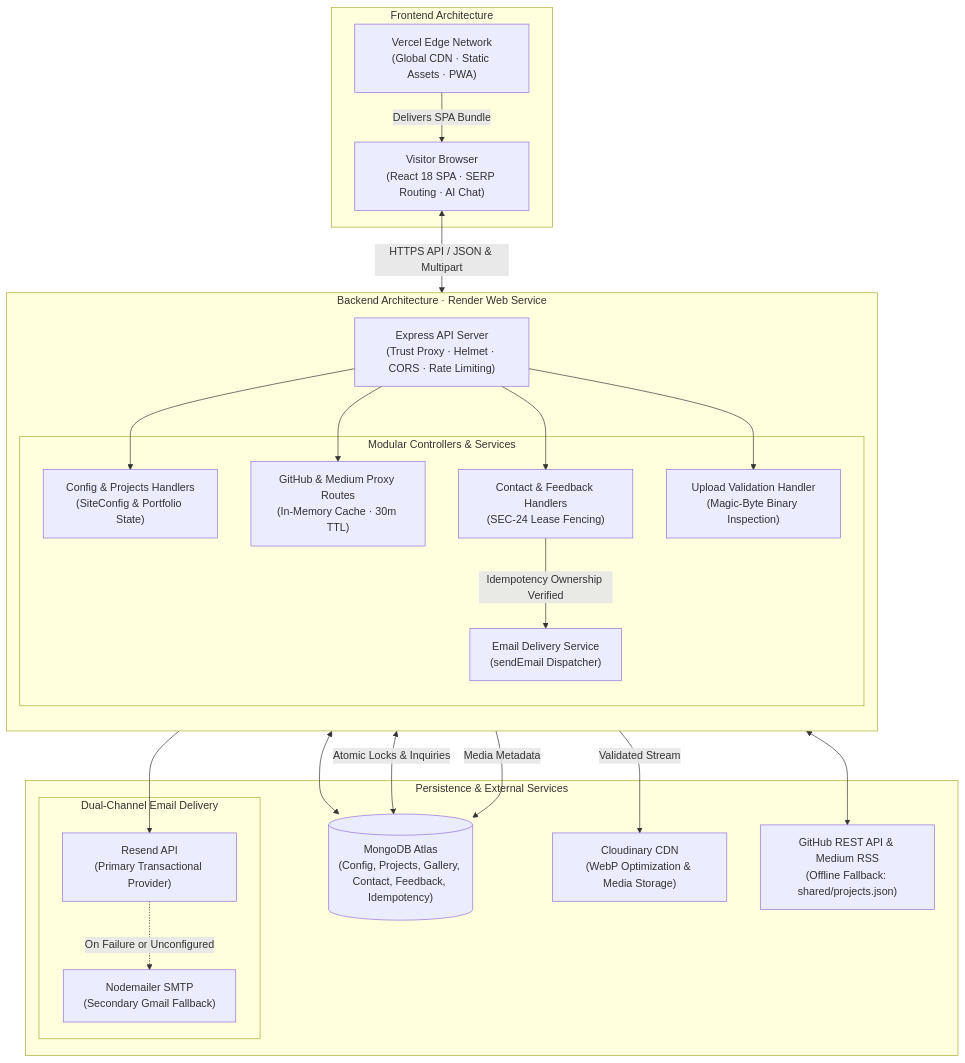
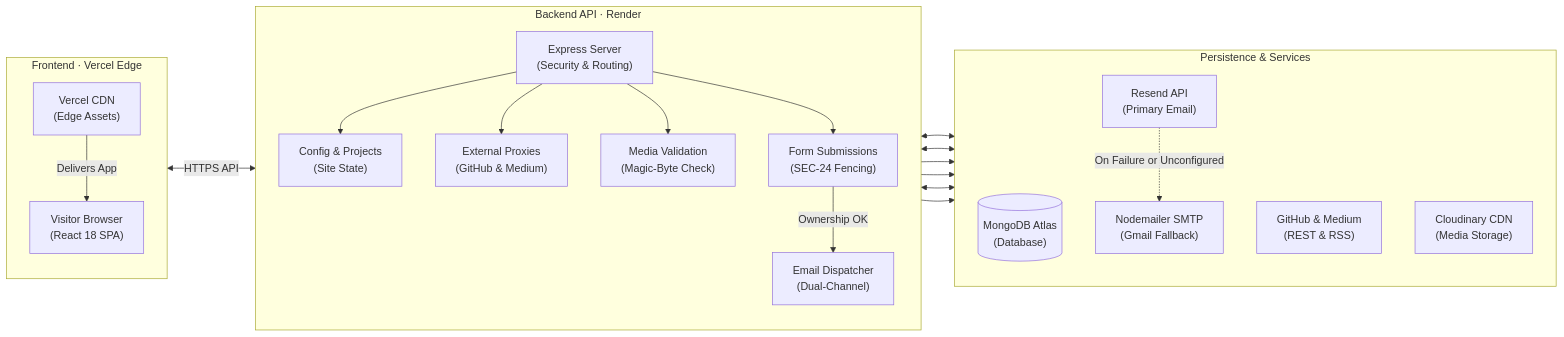
One commit to anurag-jaiswal-aj/googleMe changed the diagram in README.md. Above: the diagram before and after it, drawn with Mermaid.

Commit message:
docs: streamline Mermaid architecture diagram for compact landscape layout

````diff
--- a/README.md
+++ b/README.md
@@ -73,47 +73,44 @@
 ```mermaid
-flowchart TD
-  subgraph Client["Frontend Architecture"]
-    Browser["Visitor Browser<br/>(React 18 SPA · SERP Routing · AI Chat)"]
-    Vercel["Vercel Edge Network<br/>(Global CDN · Static Assets · PWA)"]
-    Vercel -->|Delivers SPA Bundle| Browser
+flowchart LR
+  subgraph Client["Frontend · Vercel Edge"]
+    direction TB
+    Vercel["Vercel CDN<br/>(Edge Assets)"]
+    Browser["Visitor Browser<br/>(React 18 SPA)"]
+    Vercel -->|Delivers App| Browser
   end
 
-  subgraph Backend["Backend Architecture · Render Web Service"]
+  subgraph Backend["Backend API · Render"]
     direction TB
-    Express["Express API Server<br/>(Trust Proxy · Helmet · CORS · Rate Limiting)"]
-
-    subgraph Controllers["Modular Controllers & Services"]
-      ConfigSvc["Config & Projects Handlers<br/>(SiteConfig & Portfolio State)"]
-      ProxySvc["GitHub & Medium Proxy Routes<br/>(In-Memory Cache · 30m TTL)"]
-      SubmitSvc["Contact & Feedback Handlers<br/>(SEC-24 Lease Fencing)"]
-      UploadSvc["Upload Validation Handler<br/>(Magic-Byte Binary Inspection)"]
-      EmailSvc["Email Delivery Service<br/>(sendEmail Dispatcher)"]
-    end
+    Express["Express Server<br/>(Security & Routing)"]
+    ConfigSvc["Config & Projects<br/>(Site State)"]
+    ProxySvc["External Proxies<br/>(GitHub & Medium)"]
+    UploadSvc["Media Validation<br/>(Magic-Byte Check)"]
+    SubmitSvc["Form Submissions<br/>(SEC-24 Fencing)"]
+    EmailSvc["Email Dispatcher<br/>(Dual-Channel)"]
 
     Express --> ConfigSvc
     Express --> ProxySvc
+    Express --> UploadSvc
     Express --> SubmitSvc
-    Express --> UploadSvc
-    SubmitSvc -->|Idempotency Ownership Verified| EmailSvc
+    SubmitSvc -->|Ownership OK| EmailSvc
   end
 
-  subgraph DataAndExternal["Persistence & External Services"]
-    MongoDB[("MongoDB Atlas<br/>(Config, Projects, Gallery, Contact, Feedback, Idempotency)")]
-    Cloudinary["Cloudinary CDN<br/>(WebP Optimization & Media Storage)"]
-    ExternalAPIs["GitHub REST API & Medium RSS<br/>(Offline Fallback: shared/projects.json)"]
+  subgraph External["Persistence & Services"]
+    direction TB
+    MongoDB[("MongoDB Atlas<br/>(Database)")]
+    ExternalAPIs["GitHub & Medium<br/>(REST & RSS)"]
+    Cloudinary["Cloudinary CDN<br/>(Media Storage)"]
+    Resend["Resend API<br/>(Primary Email)"]
+    SMTP["Nodemailer SMTP<br/>(Gmail Fallback)"]
 
-    subgraph EmailProviders["Dual-Channel Email Delivery"]
-      Resend["Resend API<br/>(Primary Transactional Provider)"]
-      SMTP["Nodemailer SMTP<br/>(Secondary Gmail Fallback)"]
-      Resend -.->|On Failure or Unconfigured| SMTP
-    end
+    Resend -.->|On Failure or Unconfigured| SMTP
   end
 
-  Browser <-->|HTTPS API / JSON & Multipart| Express
+  Browser <-->|HTTPS API| Express
   ConfigSvc <--> MongoDB
   ProxySvc <--> ExternalAPIs
-  SubmitSvc <-->|Atomic Locks & Inquiries| MongoDB
-  UploadSvc -->|Validated Stream| Cloudinary
-  UploadSvc -->|Media Metadata| MongoDB
+  UploadSvc --> Cloudinary
+  UploadSvc --> MongoDB
+  SubmitSvc <--> MongoDB
   EmailSvc --> Resend
 ```
````
